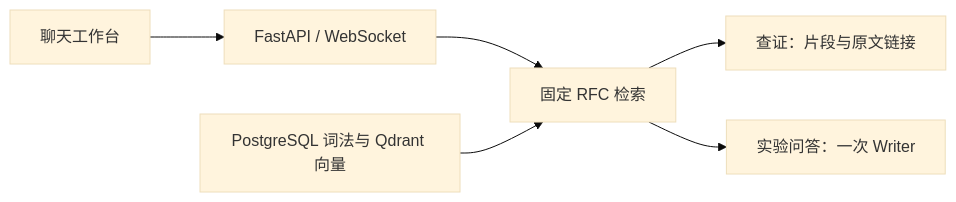
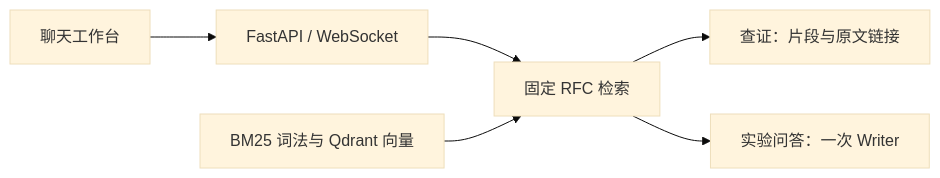
Before and after one commit to huichimegumi/deepsearch-agents: the diagram in README.md, drawn with Mermaid (base theme). The commit also changed other lines of this file and 4 other files, not shown here.

````diff
--- a/README.md
+++ b/README.md
@@ -11,8 +11,8 @@
 ```mermaid
 flowchart LR
     UI[聊天工作台] --> API[FastAPI / WebSocket]
     API --> R[固定 RFC 检索]
-    KB[PostgreSQL 词法与 Qdrant 向量] --> R
+    KB[BM25 词法与 Qdrant 向量] --> R
     R --> S[查证：片段与原文链接]
     R --> W[实验问答：一次 Writer]
 ```
````
